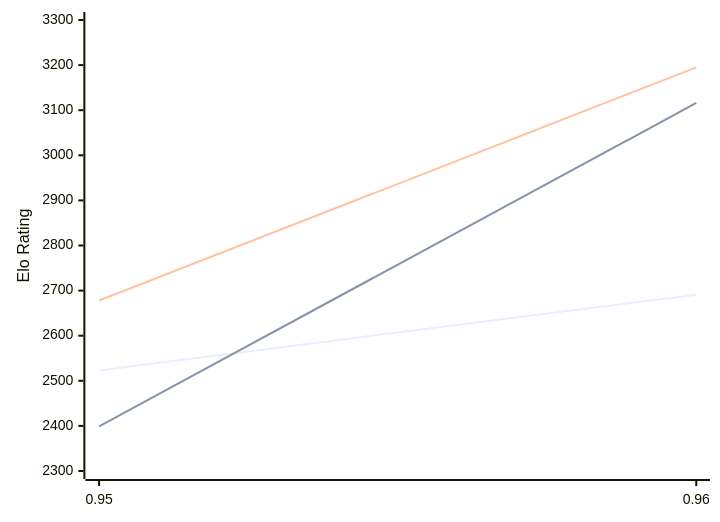
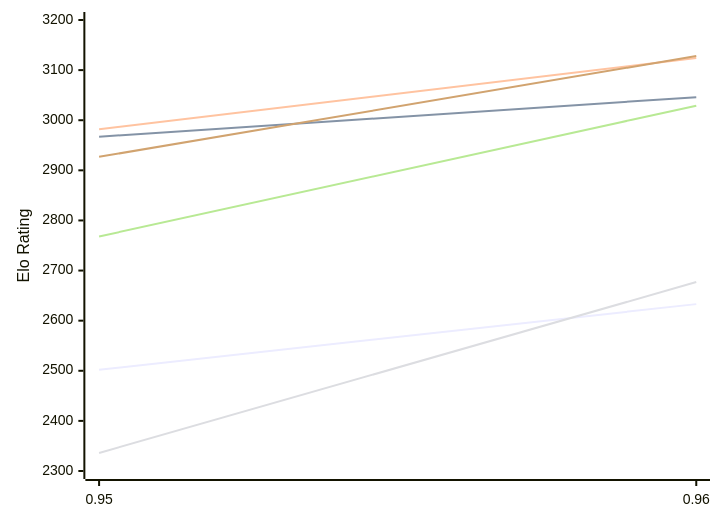
One commit to computer-chess-index/cci changed the first of 2 diagrams in engines/Myrddin.md. Above: the diagram before and after it, drawn with Mermaid. The commit also changed other lines of this file, not shown here.

Commit message:
Update CCI Ratings (ELO VLTC) - 2026-11-13

````diff
--- a/engines/Myrddin.md
+++ b/engines/Myrddin.md
@@ -51,12 +51,12 @@
 ```mermaid
 %%{init: {"theme":"base","themeVariables":{"seriesColors:['#a3a3a3','#222221','#faa371']}}}%%
 xychart-beta
   x-axis ["0.95", "0.96"]
-  y-axis "Elo Rating" 2300 --> 3300
-  line "E1: STC (8.0+0.08s)" [2523, 2691]
-  line "E1: LTC (60.0+0.60s)" [2399, 3116]
-  line "E1: VLTC (2m24s+1.12s)" [2678, 3195]
-  line "P1: STC (8.0+0.08s)" [2839]
-  line "P1: LTC (60.0+0.60s)" [3195]
-  line "P1: VLTC (2m24s+1.12s)" [3294]
+  y-axis "Elo Rating" 2300 --> 3200
+  line "E1: STC (8.0+0.08s)" [2502, 2633]
+  line "E1: LTC (60.0+0.60s)" [2967, 3046]
+  line "E1: VLTC (2m24s+1.12s)" [2982, 3124]
+  line "P1: STC (8.0+0.08s)" [2336, 2677]
+  line "P1: LTC (60.0+0.60s)" [2768, 3029]
+  line "P1: VLTC (2m24s+1.12s)" [2927, 3128]
 ```
````
